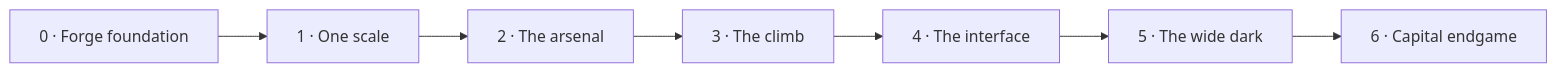
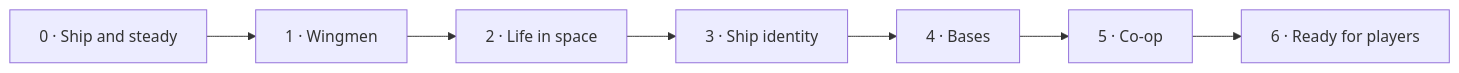
Before and after one commit to Lycheetah/black-current: the diagram in docs/PLAN.md, drawn with Mermaid. The commit also changed other lines of this file and 5 other files, not shown here.

````diff
--- a/docs/PLAN.md
+++ b/docs/PLAN.md
@@ -25,5 +30,5 @@
 ```mermaid
 flowchart LR
-  S0["0 · Forge foundation"] --> S1["1 · One scale"] --> S2["2 · The arsenal"] --> S3["3 · The climb"]
-  S3 --> S4["4 · The interface"] --> S5["5 · The wide dark"] --> S6["6 · Capital endgame"]
+  S0["0 · Ship and steady"] --> S1["1 · Wingmen"] --> S2["2 · Life in space"] --> S3["3 · Ship identity"]
+  S3 --> S4["4 · Bases"] --> S5["5 · Co-op"] --> S6["6 · Ready for players"]
 ```
````
